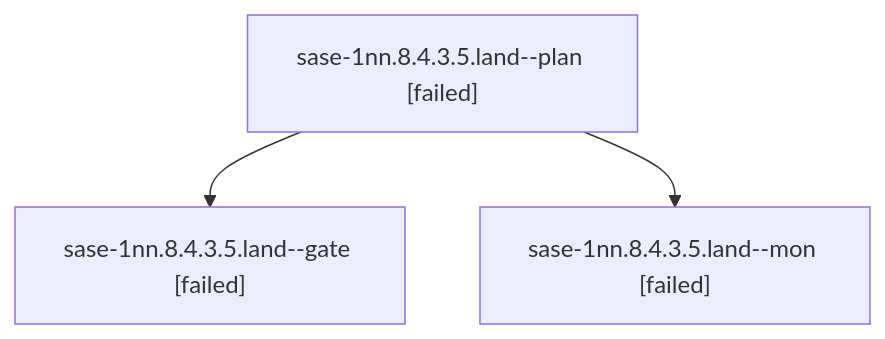
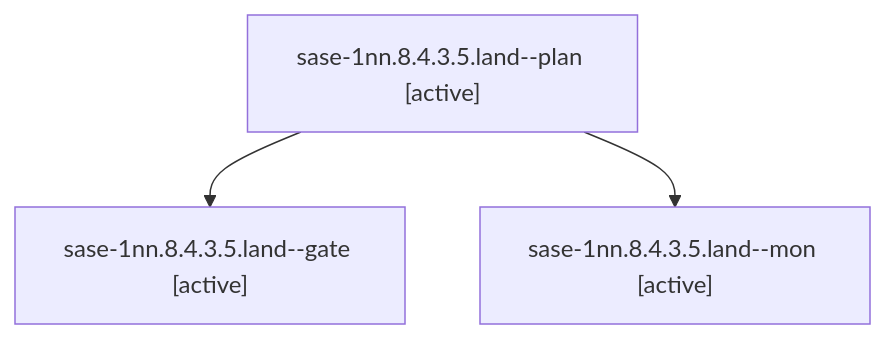
One commit to sase-org/sase--agents changed the diagram in sessions/bbugyi200.athena.sase-1nn.8.4.3.5.land.md. Above: the diagram before and after it, drawn with Mermaid. The commit also changed other lines of this file and 274 other files, not shown here.

````diff
--- a/sessions/bbugyi200.athena.sase-1nn.8.4.3.5.land.md
+++ b/sessions/bbugyi200.athena.sase-1nn.8.4.3.5.land.md
@@ -9,8 +9,8 @@
 ```mermaid
 flowchart TD
-  n0["sase-1nn.8.4.3.5.land--plan [failed]"]
-  n1["sase-1nn.8.4.3.5.land--gate [failed]"]
+  n0["sase-1nn.8.4.3.5.land--plan [active]"]
+  n1["sase-1nn.8.4.3.5.land--gate [active]"]
   n0 --> n1
-  n2["sase-1nn.8.4.3.5.land--mon [failed]"]
+  n2["sase-1nn.8.4.3.5.land--mon [active]"]
   n0 --> n2
 ```
````
